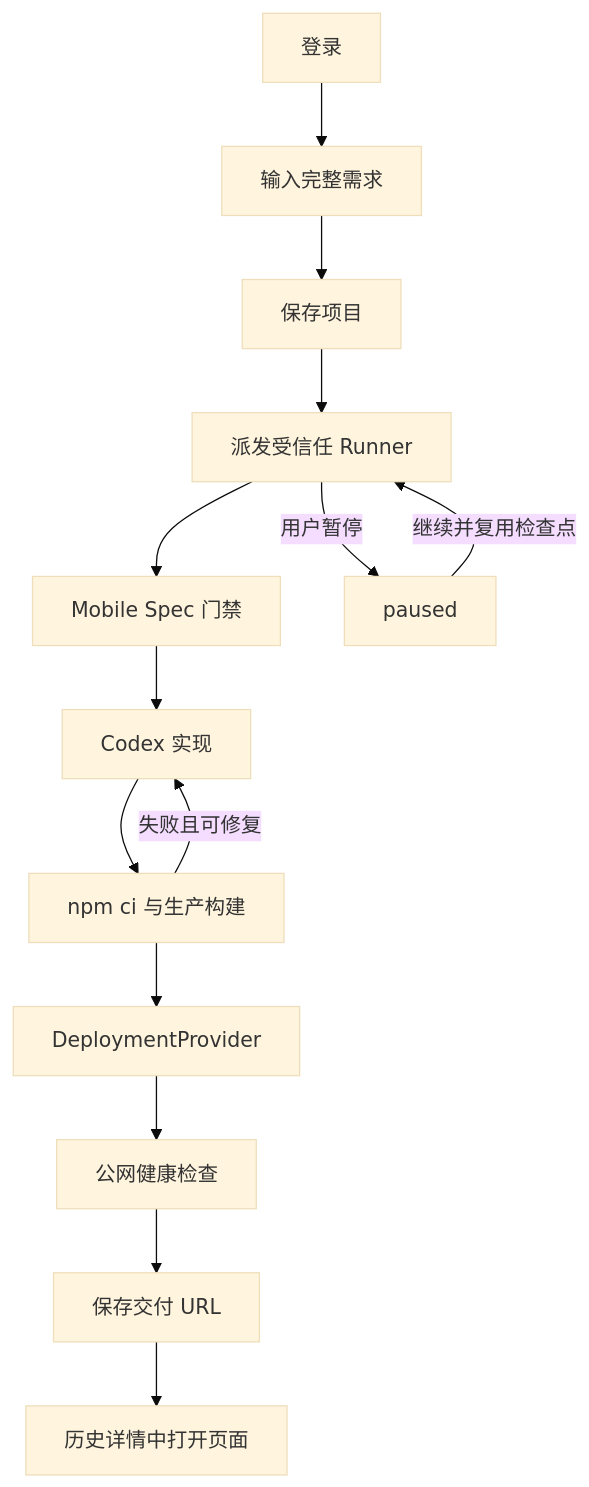
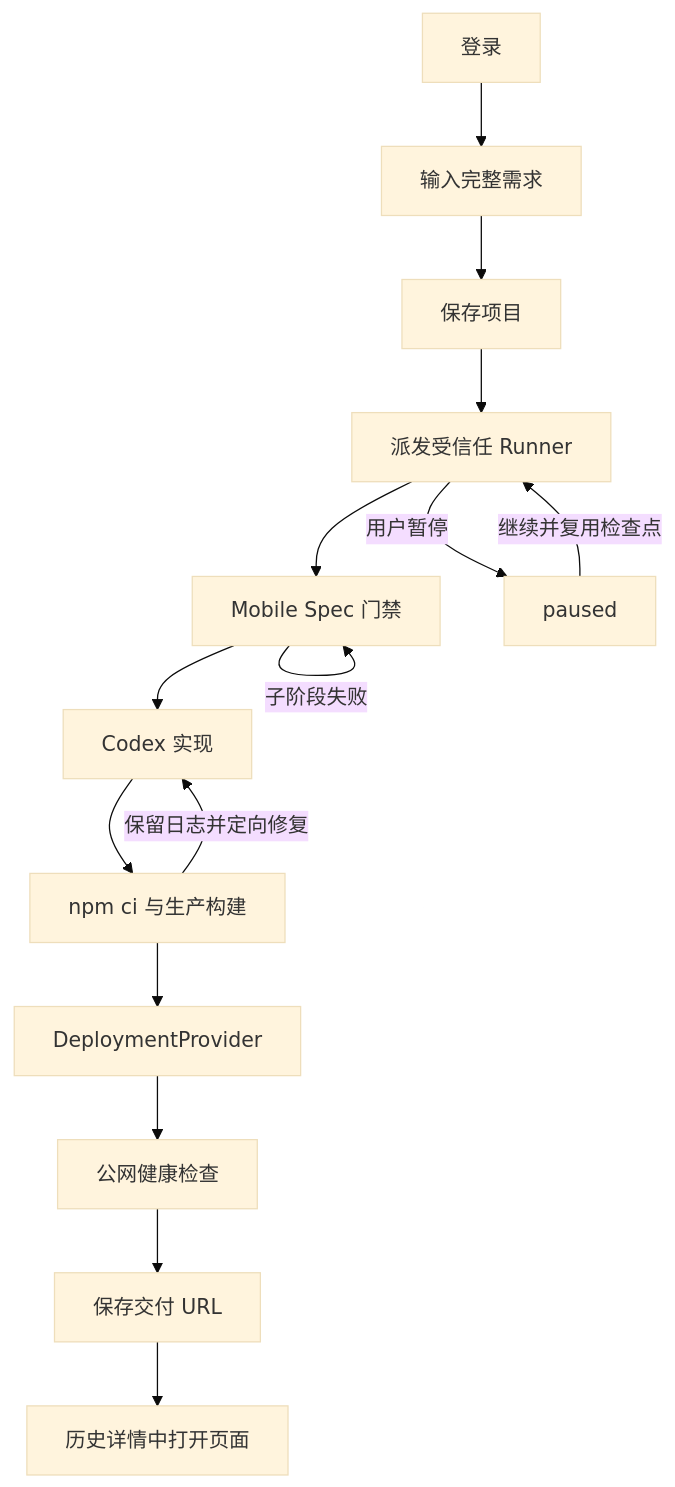
One commit to JonasQiu/mobile-app-build changed the diagram in docs/MVP产品说明.md. Above: the diagram before and after it, drawn with Mermaid (base theme). The commit also changed other lines of this file and 25 other files, not shown here.

````diff
--- a/docs/MVP产品说明.md
+++ b/docs/MVP产品说明.md
@@ -11,16 +11,17 @@
 ```mermaid
 flowchart TD
   A[登录] --> B[输入完整需求]
   B --> C[保存项目]
   C --> D[派发受信任 Runner]
   D --> E[Mobile Spec 门禁]
   D -->|用户暂停| L[paused]
   L -->|继续并复用检查点| D
   E --> F[Codex 实现]
   F --> G[npm ci 与生产构建]
-  G -->|失败且可修复| F
+  E -->|子阶段失败| E
+  G -->|保留日志并定向修复| F
   G --> H[DeploymentProvider]
   H --> I[公网健康检查]
   I --> J[保存交付 URL]
   J --> K[历史详情中打开页面]
 ```
````
